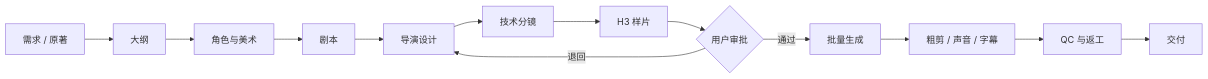
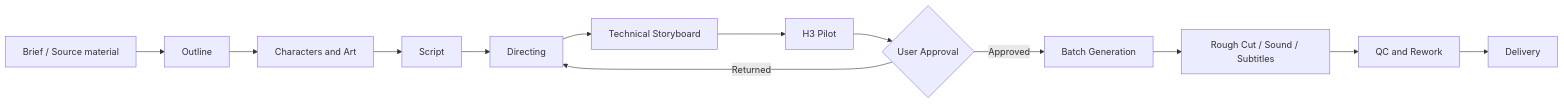
Before and after one commit to furqaan-indiego/short-drama-production: the diagram in README.md, drawn with Mermaid. The commit also changed other lines of this file and 19 other files, not shown here.

````diff
--- a/README.md
+++ b/README.md
@@ -49,15 +49,15 @@
 ```mermaid
 flowchart LR
-    A[需求 / 原著] --> B[大纲]
-    B --> C[角色与美术]
-    C --> D[剧本]
-    D --> E[导演设计]
-    E --> F[技术分镜]
-    F --> G[H3 样片]
-    G --> H{用户审批}
-    H -->|通过| I[批量生成]
-    H -->|退回| E
-    I --> J[粗剪 / 声音 / 字幕]
-    J --> K[QC 与返工]
-    K --> L[交付]
+    A[Brief / Source material] --> B[Outline]
+    B --> C[Characters and Art]
+    C --> D[Script]
+    D --> E[Directing]
+    E --> F[Technical Storyboard]
+    F --> G[H3 Pilot]
+    G --> H{User Approval}
+    H -->|Approved| I[Batch Generation]
+    H -->|Returned| E
+    I --> J[Rough Cut / Sound / Subtitles]
+    J --> K[QC and Rework]
+    K --> L[Delivery]
 ```
````
